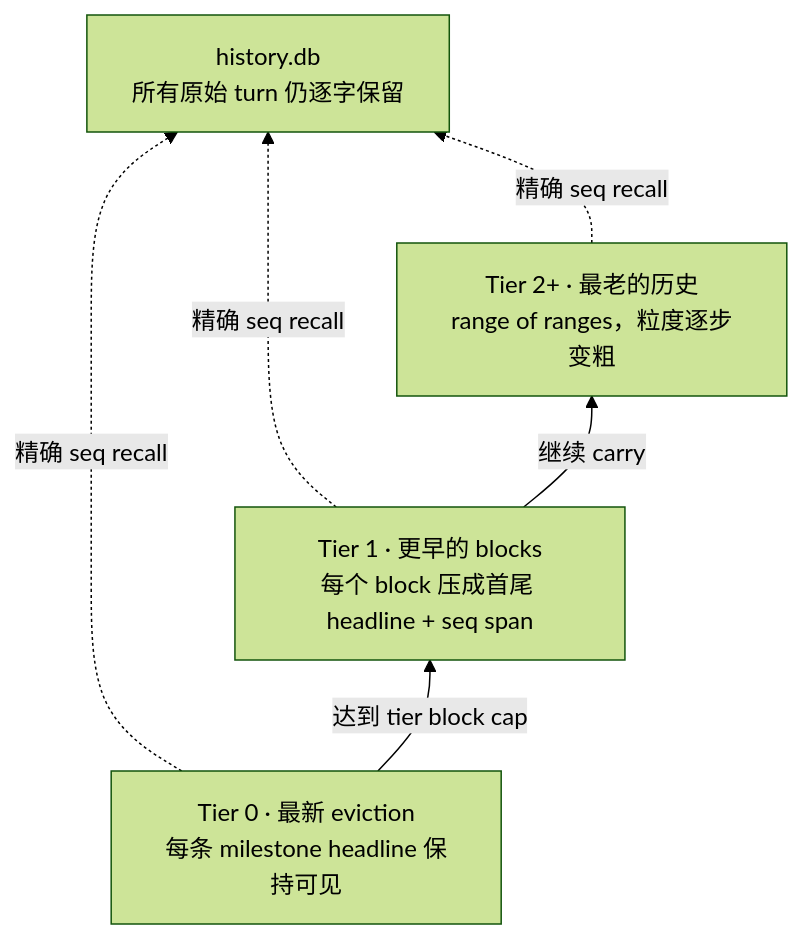
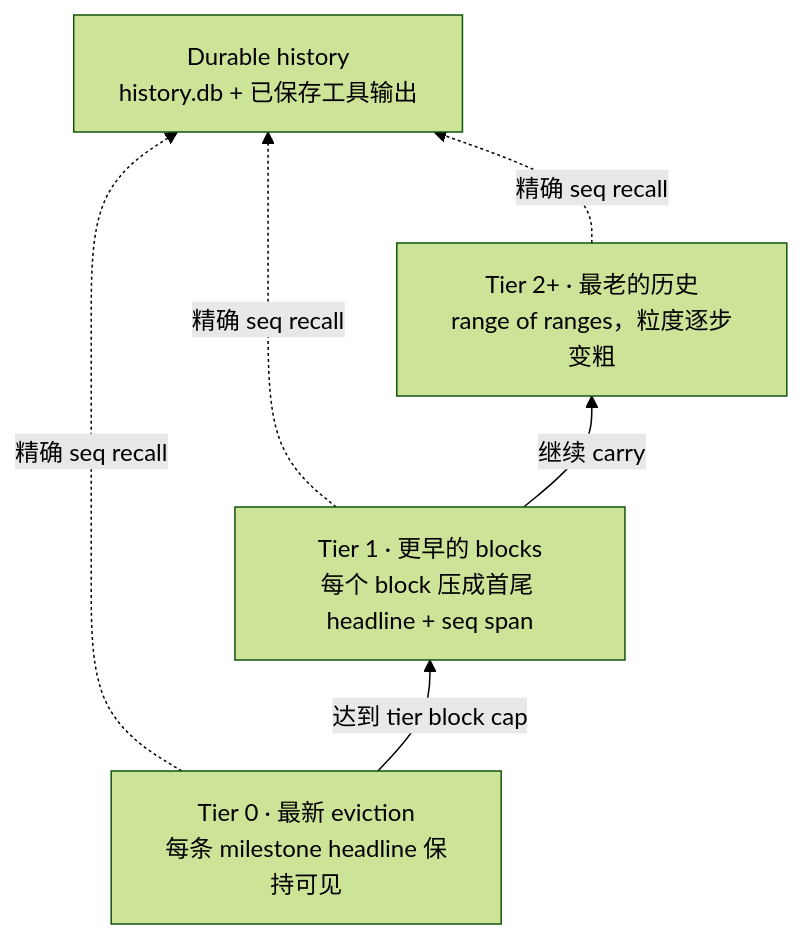
Before and after one commit to agentscope-ai/QwenPaw: the second of 2 diagrams in website/public/blog/qwenpaw-scroll-executable-memory.zh.md, drawn with Mermaid (forest theme). The commit also changed other lines of this file and 1 other file, not shown here.

````diff
--- a/website/public/blog/qwenpaw-scroll-executable-memory.zh.md
+++ b/website/public/blog/qwenpaw-scroll-executable-memory.zh.md
@@ -141,12 +128,12 @@
 ```mermaid
 flowchart BT
     T0["Tier 0 · 最新 eviction<br/>每条 milestone headline 保持可见"]
     T1["Tier 1 · 更早的 blocks<br/>每个 block 压成首尾 headline + seq span"]
     T2["Tier 2+ · 最老的历史<br/>range of ranges，粒度逐步变粗"]
-    DB["history.db<br/>所有原始 turn 仍逐字保留"]
+    DB["Durable history<br/>history.db + 已保存工具输出"]
     T0 -->|达到 tier block cap| T1
     T1 -->|继续 carry| T2
     T0 -. 精确 seq recall .-> DB
     T1 -. 精确 seq recall .-> DB
     T2 -. 精确 seq recall .-> DB
 ```
````
